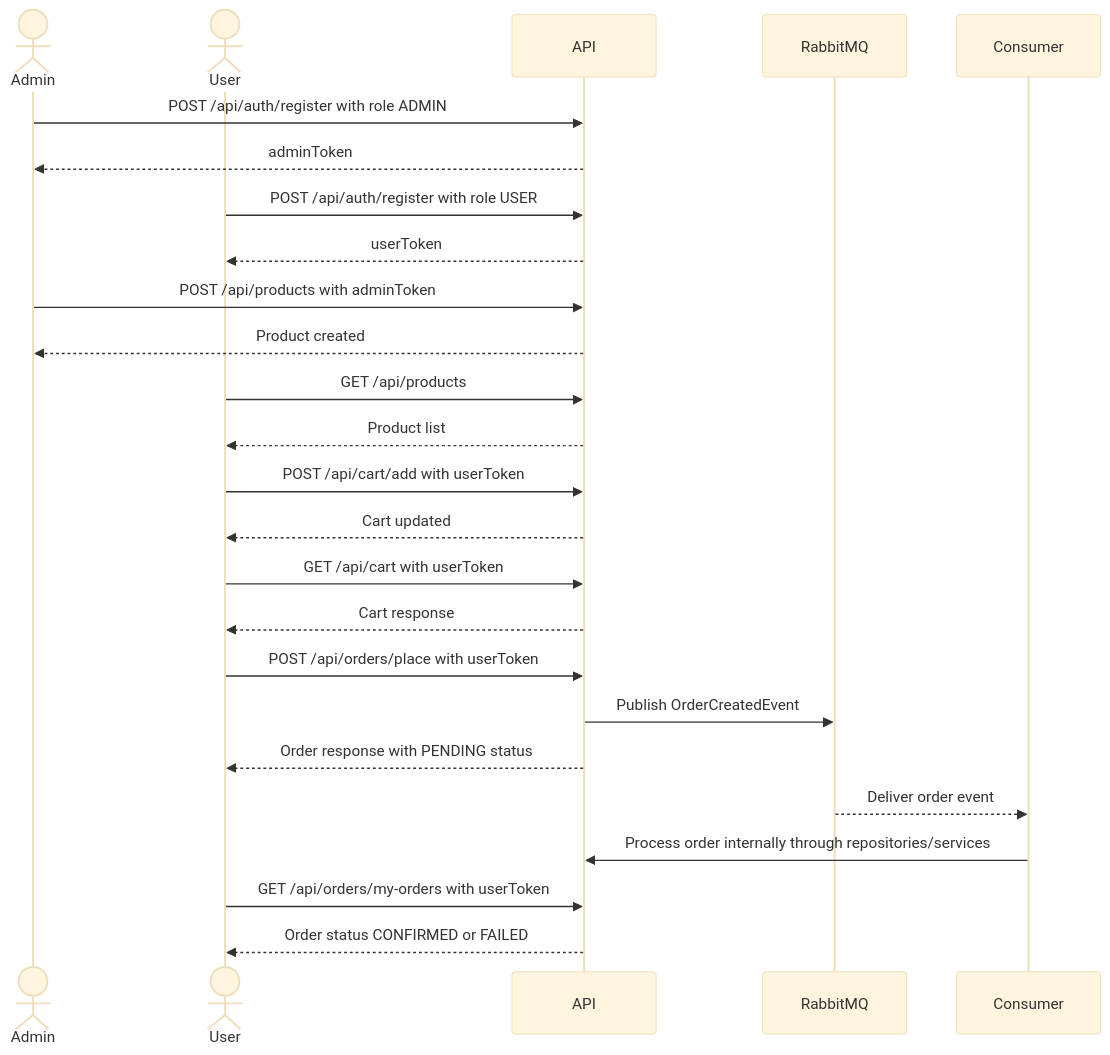
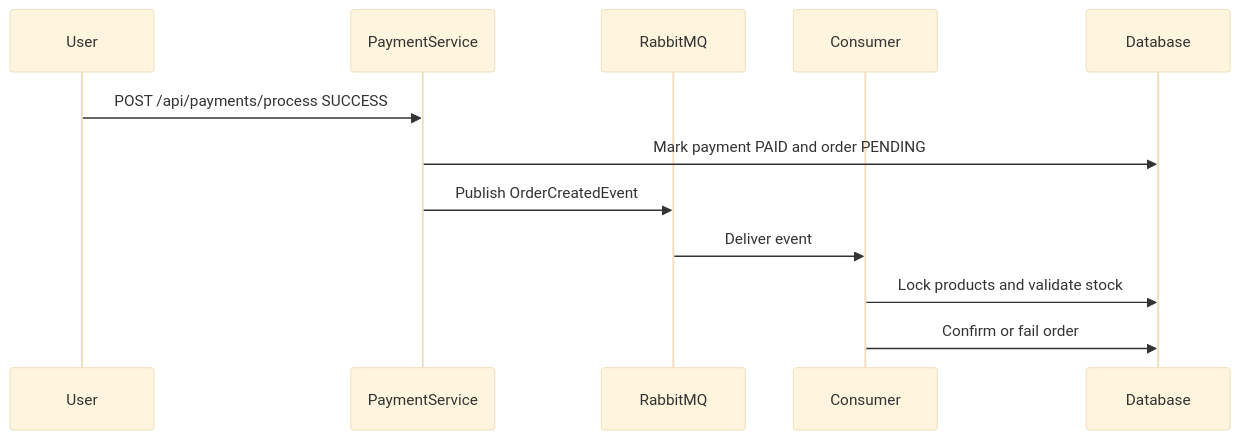
Before and after one commit to auditee/E-commerce-platform-using-springboot: the seventh of 9 diagrams in README.md, drawn with Mermaid (base theme). The commit also changed other lines of this file, not shown here.

````diff
--- a/README.md
+++ b/README.md
@@ -1329,36 +291,15 @@
 ```mermaid
 sequenceDiagram
-    actor Admin
-    actor User
-    participant API
+    participant User
+    participant PaymentService
     participant RabbitMQ
     participant Consumer
+    participant Database
 
-    Admin->>API: POST /api/auth/register with role ADMIN
-    API-->>Admin: adminToken
-
-    User->>API: POST /api/auth/register with role USER
-    API-->>User: userToken
-
-    Admin->>API: POST /api/products with adminToken
-    API-->>Admin: Product created
-
-    User->>API: GET /api/products
-    API-->>User: Product list
-
-    User->>API: POST /api/cart/add with userToken
-    API-->>User: Cart updated
-
-    User->>API: GET /api/cart with userToken
-    API-->>User: Cart response
-
-    User->>API: POST /api/orders/place with userToken
-    API->>RabbitMQ: Publish OrderCreatedEvent
-    API-->>User: Order response with PENDING status
-
-    RabbitMQ-->>Consumer: Deliver order event
-    Consumer->>API: Process order internally through repositories/services
-
-    User->>API: GET /api/orders/my-orders with userToken
-    API-->>User: Order status CONFIRMED or FAILED
+    User->>PaymentService: POST /api/payments/process SUCCESS
+    PaymentService->>Database: Mark payment PAID and order PENDING
+    PaymentService->>RabbitMQ: Publish OrderCreatedEvent
+    RabbitMQ->>Consumer: Deliver event
+    Consumer->>Database: Lock products and validate stock
+    Consumer->>Database: Confirm or fail order
 ```
````
